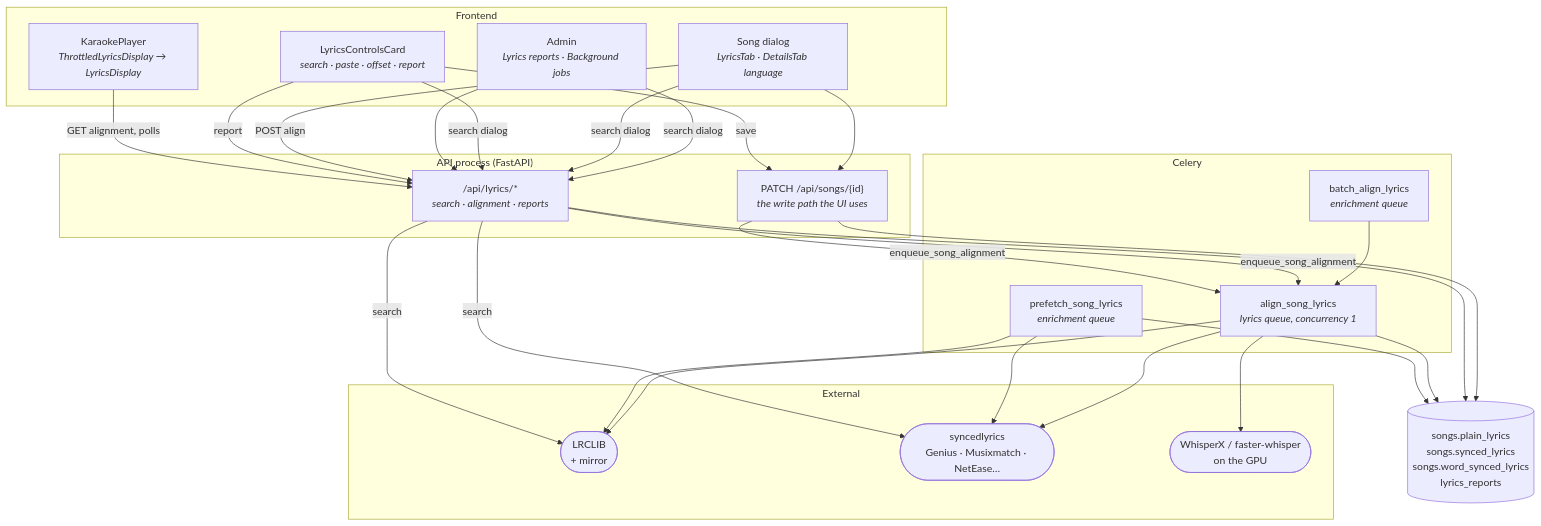
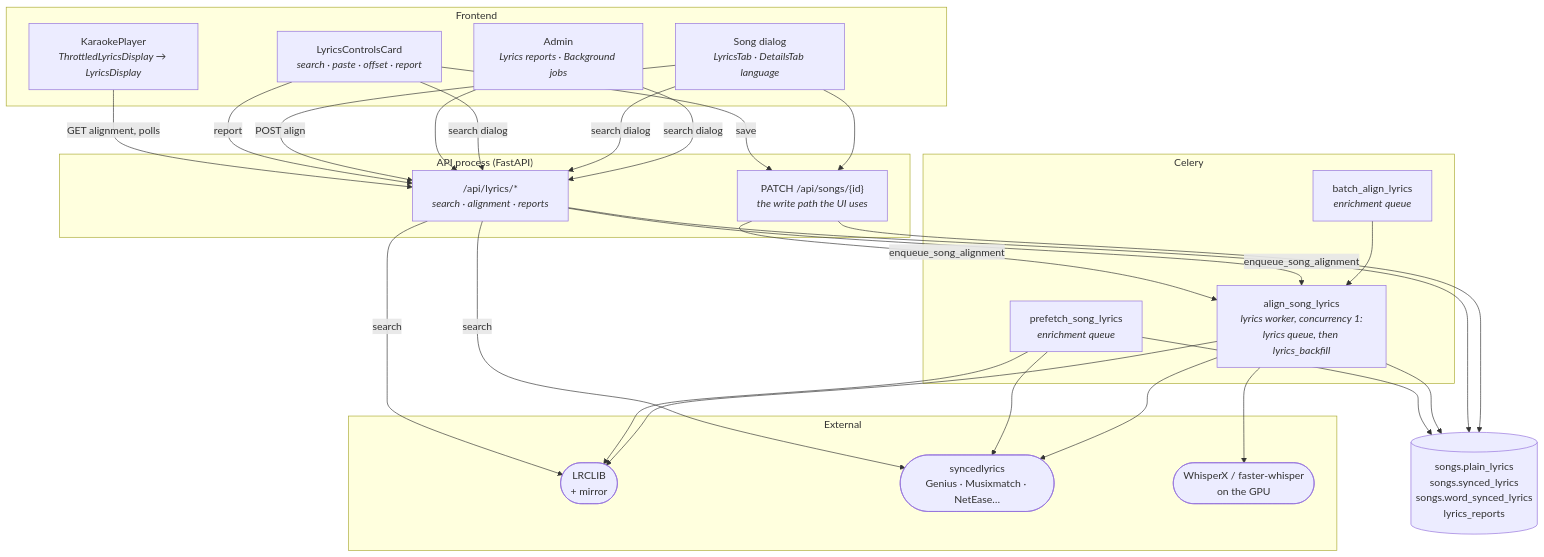
One commit to spencerfrost/open-karaoke-studio changed the first of 6 diagrams in docs/domains/lyrics-system.md. Above: the diagram before and after it, drawn with Mermaid. The commit also changed other lines of this file and 25 other files, not shown here.

````diff
--- a/docs/domains/lyrics-system.md
+++ b/docs/domains/lyrics-system.md
@@ -8,45 +8,45 @@
 ```mermaid
 flowchart TB
     subgraph FE["Frontend"]
         Player["KaraokePlayer<br/><i>ThrottledLyricsDisplay → LyricsDisplay</i>"]
         Controls["LyricsControlsCard<br/><i>search · paste · offset · report</i>"]
         SongTab["Song dialog<br/><i>LyricsTab · DetailsTab language</i>"]
         Admin["Admin<br/><i>Lyrics reports · Background jobs</i>"]
     end
 
     subgraph API["API process (FastAPI)"]
         LyricsAPI["/api/lyrics/*<br/><i>search · alignment · reports</i>"]
         SongsAPI["PATCH /api/songs/{id}<br/><i>the write path the UI uses</i>"]
     end
 
     subgraph Worker["Celery"]
         Prefetch["prefetch_song_lyrics<br/><i>enrichment queue</i>"]
-        Align["align_song_lyrics<br/><i>lyrics queue, concurrency 1</i>"]
+        Align["align_song_lyrics<br/><i>lyrics worker, concurrency 1:<br/>lyrics queue, then lyrics_backfill</i>"]
         Batch["batch_align_lyrics<br/><i>enrichment queue</i>"]
     end
 
     subgraph Ext["External"]
         LRCLIB(["LRCLIB<br/>+ mirror"])
         SL(["syncedlyrics<br/>Genius · Musixmatch · NetEase…"])
         GPU(["WhisperX / faster-whisper<br/>on the GPU"])
     end
 
     DB[("songs.plain_lyrics<br/>songs.synced_lyrics<br/>songs.word_synced_lyrics<br/>lyrics_reports")]
 
     Player -->|GET alignment, polls| LyricsAPI
     Controls -->|save| SongsAPI
     Controls -->|report| LyricsAPI
     SongTab --> SongsAPI
     SongTab -->|POST align| LyricsAPI
     Admin --> LyricsAPI
     Controls & SongTab & Admin -->|search dialog| LyricsAPI
 
     LyricsAPI -->|search| LRCLIB & SL
     SongsAPI & LyricsAPI -->|enqueue_song_alignment| Align
     Batch --> Align
     Prefetch --> LRCLIB & SL
     Align --> LRCLIB & SL
     Align --> GPU
     Prefetch & Align --> DB
     LyricsAPI & SongsAPI --> DB
 ```
````
